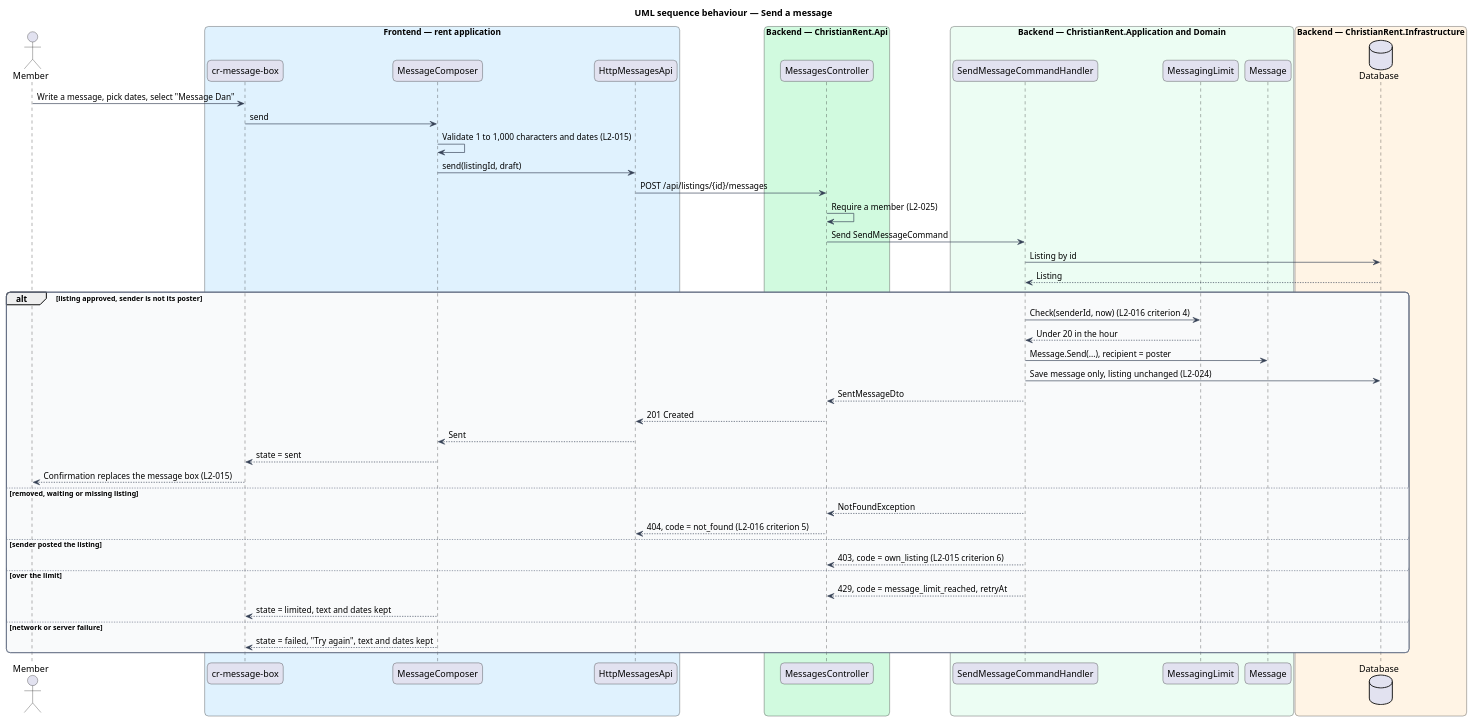
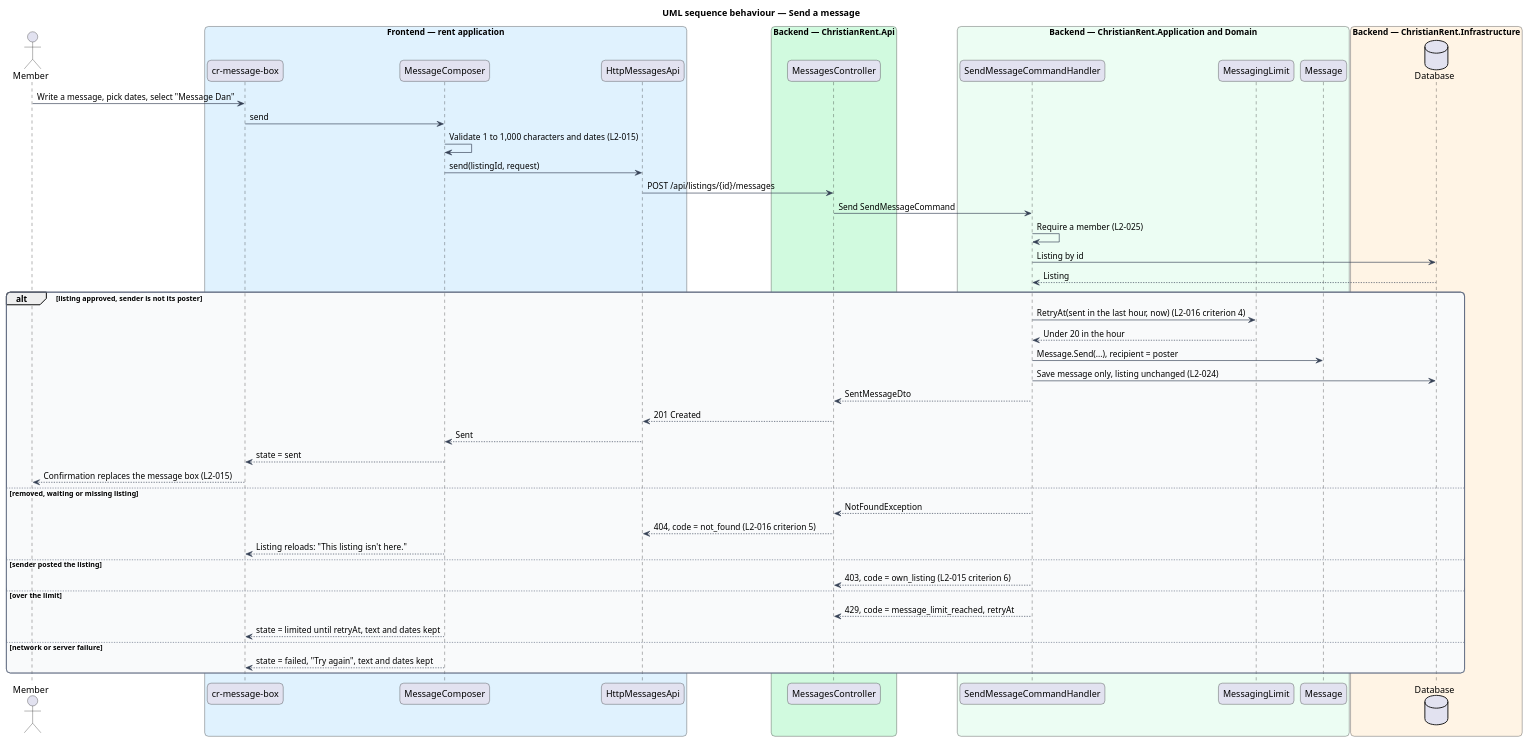
The diagram in docs/detailed-designs/messages/send-message/diagrams/sequence-send-message.puml (QuinntyneBrown/christian-rent), drawn with PlantUML before and after one commit. The commit also changed 22 other files, not shown here.

```diff
--- a/docs/detailed-designs/messages/send-message/diagrams/sequence-send-message.puml
+++ b/docs/detailed-designs/messages/send-message/diagrams/sequence-send-message.puml
@@ -1,64 +1,65 @@
 @startuml
 title UML sequence behaviour — Send a message
 skinparam backgroundColor #FFFFFF
 skinparam shadowing false
 skinparam roundcorner 12
 skinparam defaultFontName Arial
 skinparam ArrowColor #344054
 skinparam rectangle {
   BorderColor #344054
   FontColor #101828
 }
 skinparam package {
   BorderColor #667085
   FontColor #101828
   BackgroundColor #F9FAFB
 }
 actor "Member" as actor
 box "Frontend — rent application" #E0F2FE
   participant "cr-message-box" as box
   participant "MessageComposer" as composer
   participant "HttpMessagesApi" as client
 end box
 box "Backend — ChristianRent.Api" #D1FADF
   participant "MessagesController" as ctrl
 end box
 box "Backend — ChristianRent.Application and Domain" #ECFDF3
   participant "SendMessageCommandHandler" as handler
   participant "MessagingLimit" as limit
   participant "Message" as entity
 end box
 box "Backend — ChristianRent.Infrastructure" #FFF4E5
   database "Database" as db
 end box
 actor -> box : Write a message, pick dates, select "Message Dan"
 box -> composer : send
 composer -> composer : Validate 1 to 1,000 characters and dates (L2-015)
-composer -> client : send(listingId, draft)
+composer -> client : send(listingId, request)
 client -> ctrl : POST /api/listings/{id}/messages
-ctrl -> ctrl : Require a member (L2-025)
 ctrl -> handler : Send SendMessageCommand
+handler -> handler : Require a member (L2-025)
 handler -> db : Listing by id
 db --> handler : Listing
 alt listing approved, sender is not its poster
-  handler -> limit : Check(senderId, now) (L2-016 criterion 4)
+  handler -> limit : RetryAt(sent in the last hour, now) (L2-016 criterion 4)
   limit --> handler : Under 20 in the hour
   handler -> entity : Message.Send(...), recipient = poster
   handler -> db : Save message only, listing unchanged (L2-024)
   handler --> ctrl : SentMessageDto
   ctrl --> client : 201 Created
   client --> composer : Sent
   composer --> box : state = sent
   box --> actor : Confirmation replaces the message box (L2-015)
 else removed, waiting or missing listing
   handler --> ctrl : NotFoundException
   ctrl --> client : 404, code = not_found (L2-016 criterion 5)
+  composer --> box : Listing reloads: "This listing isn't here."
 else sender posted the listing
   handler --> ctrl : 403, code = own_listing (L2-015 criterion 6)
 else over the limit
   handler --> ctrl : 429, code = message_limit_reached, retryAt
-  composer --> box : state = limited, text and dates kept
+  composer --> box : state = limited until retryAt, text and dates kept
 else network or server failure
   composer --> box : state = failed, "Try again", text and dates kept
 end
 @enduml
```
